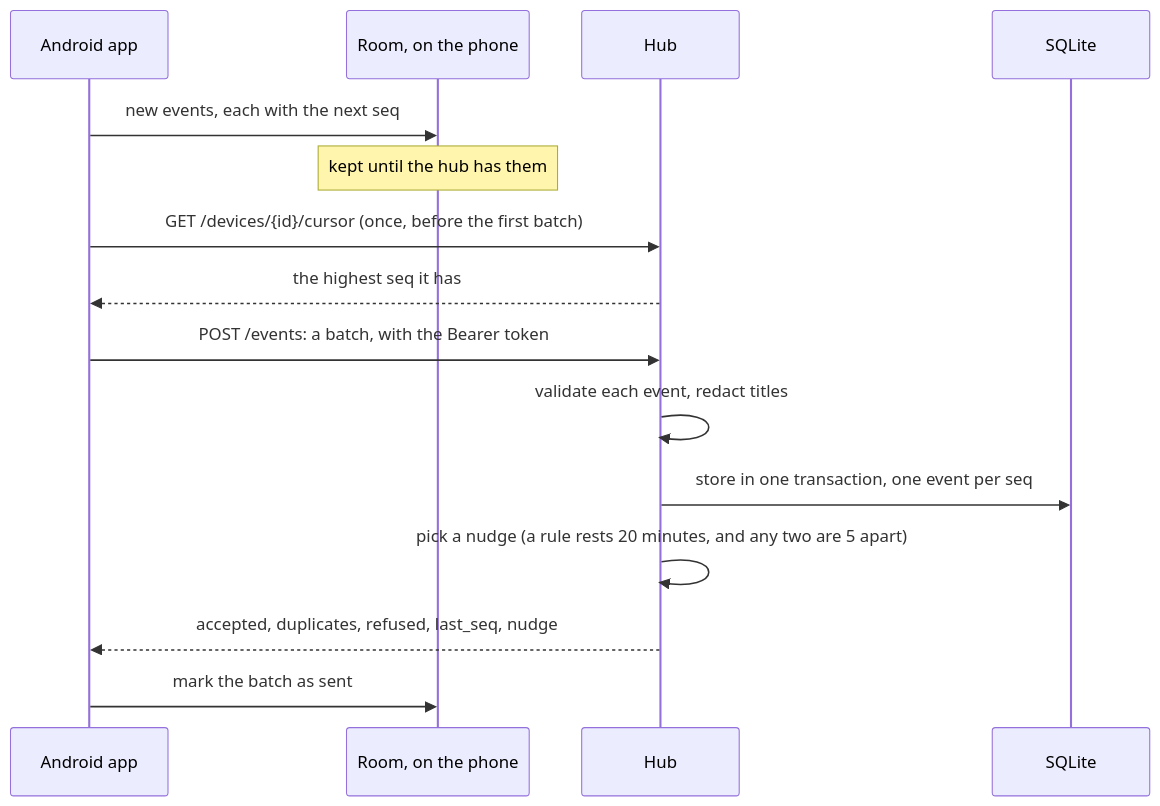
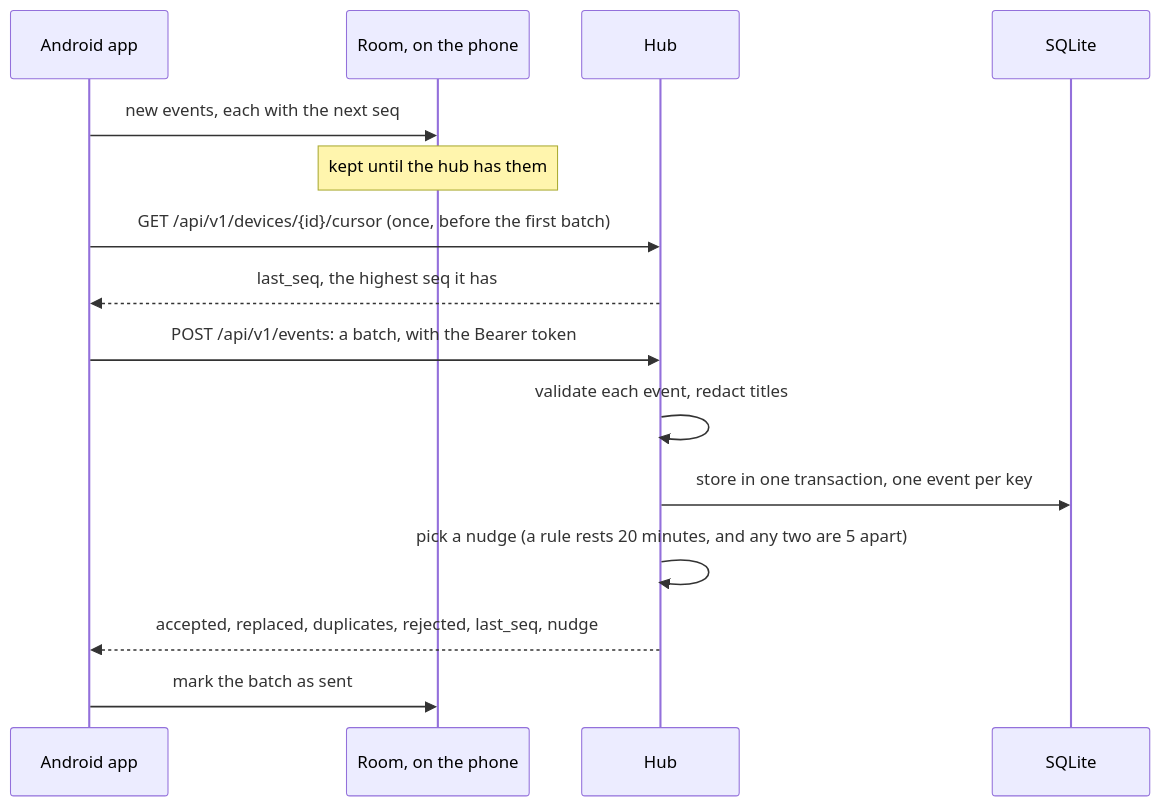
Before and after one commit to SaiGaneshPS/daytrace: the fifth of 6 diagrams in docs/architecture.md, drawn with Mermaid. The commit also changed other lines of this file and 6 other files, not shown here.

````diff
--- a/docs/architecture.md
+++ b/docs/architecture.md
@@ -195,17 +205,17 @@
 ```mermaid
 sequenceDiagram
   participant A as Android app
   participant R as Room, on the phone
   participant H as Hub
   participant DB as SQLite
   A->>R: new events, each with the next seq
   Note over R: kept until the hub has them
-  A->>H: GET /devices/{id}/cursor (once, before the first batch)
-  H-->>A: the highest seq it has
-  A->>H: POST /events: a batch, with the Bearer token
+  A->>H: GET /api/v1/devices/{id}/cursor (once, before the first batch)
+  H-->>A: last_seq, the highest seq it has
+  A->>H: POST /api/v1/events: a batch, with the Bearer token
   H->>H: validate each event, redact titles
-  H->>DB: store in one transaction, one event per seq
+  H->>DB: store in one transaction, one event per key
   H->>H: pick a nudge (a rule rests 20 minutes, and any two are 5 apart)
-  H-->>A: accepted, duplicates, refused, last_seq, nudge
+  H-->>A: accepted, replaced, duplicates, rejected, last_seq, nudge
   A->>R: mark the batch as sent
 ```
````
